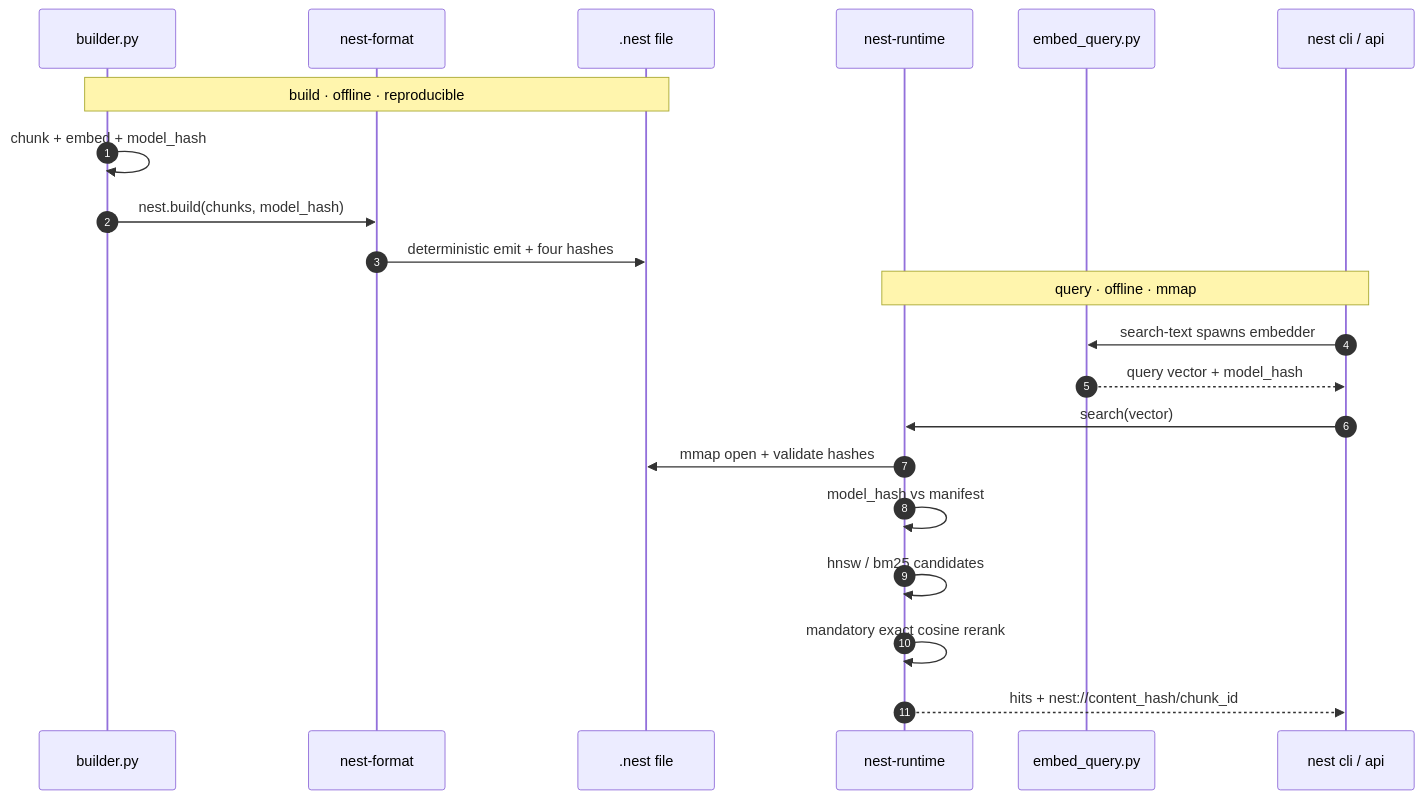
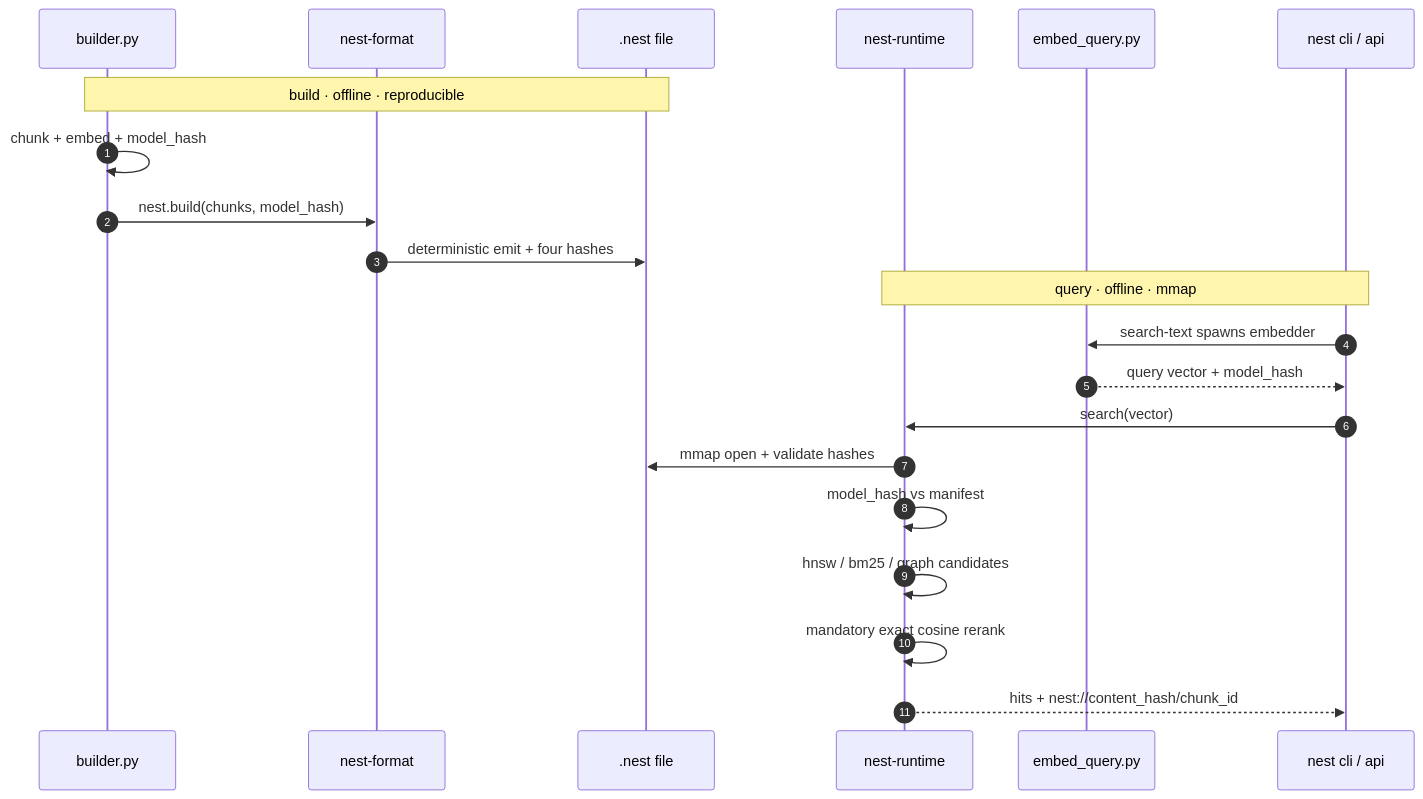
One commit to hoffresearch/nest changed the diagram in README.md. Above: the diagram before and after it, drawn with Mermaid. The commit also changed other lines of this file and 2 other files, not shown here.

Commit message:
llms.txt agent-oriented rewrite, offline demo pointer, graph in readme flow
llms.txt now opens with what the file-is-the-database design buys an
agent (cited, hash-verified, offline answers), shows the ask/retrieve
flagship verbs, lists search-graph, and references the full arc trio
plus the changelog. dat/demo/README.md points at the no-download
offline demo so nobody fetches seven datasets just to see a cited
answer. the README sequence diagram gains graph candidates in the
step-9 label (two words, composition untouched, render-verified with
headless chrome before and after).

````diff
--- a/README.md
+++ b/README.md
@@ -33,25 +33,25 @@
 ```mermaid
 sequenceDiagram
     autonumber
     participant B as builder.py
     participant F as nest-format
     participant N as .nest file
     participant R as nest-runtime
     participant E as embed_query.py
     participant Q as nest cli / api
 
     note over B,N: build · offline · reproducible
     B->>B: chunk + embed + model_hash
     B->>F: nest.build(chunks, model_hash)
     F->>N: deterministic emit + four hashes
 
     note over R,Q: query · offline · mmap
     Q->>E: search-text spawns embedder
     E-->>Q: query vector + model_hash
     Q->>R: search(vector)
     R->>N: mmap open + validate hashes
     R->>R: model_hash vs manifest
-    R->>R: hnsw / bm25 candidates
+    R->>R: hnsw / bm25 / graph candidates
     R->>R: mandatory exact cosine rerank
     R-->>Q: hits + nest://content_hash/chunk_id
 ```
````
